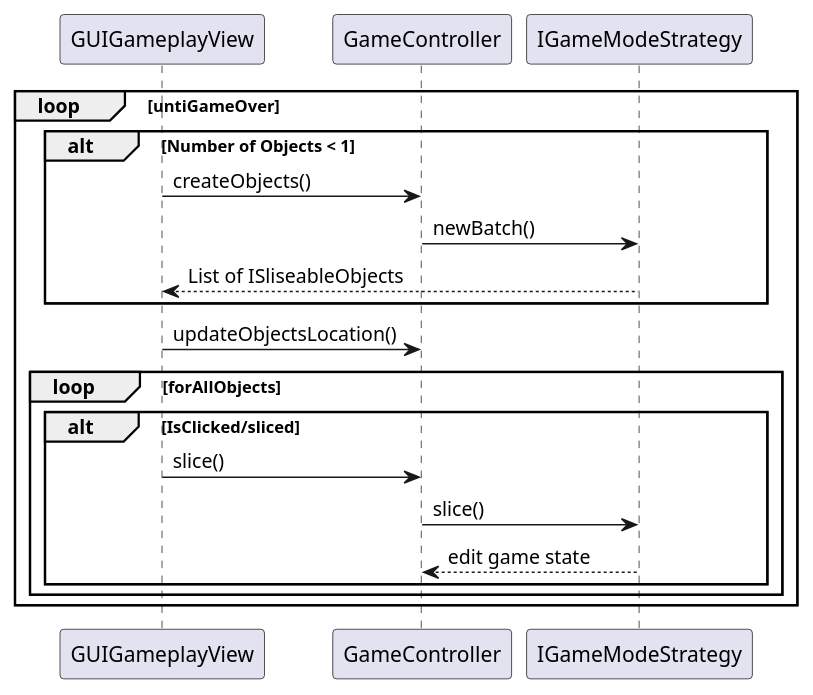
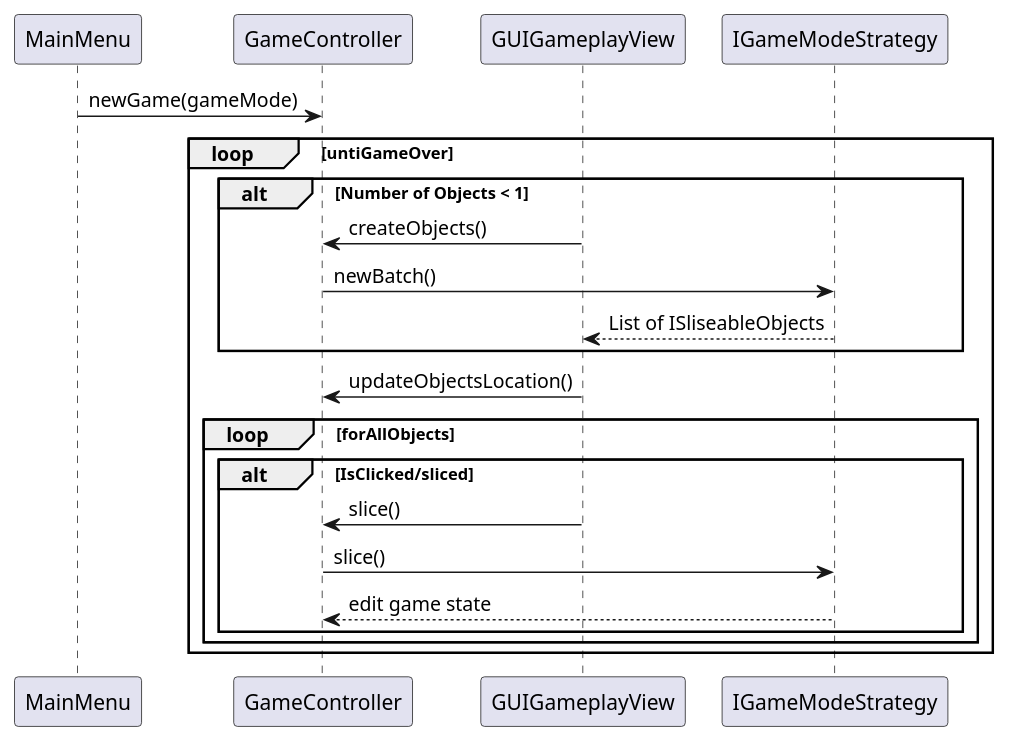
One commit to zixa5824/FruitNinja changed the diagram in Fruit-Ninja-GameplaySequence.puml. Above: the diagram before and after it, drawn with PlantUML. The commit also changed 20 other files, not shown here.

```diff
--- a/Fruit-Ninja-GameplaySequence.puml
+++ b/Fruit-Ninja-GameplaySequence.puml
@@ -1,31 +1,38 @@
 @startuml
 
+
+
+MainMenu -> GameController: newGame(gameMode)
+
+
 loop untiGameOver
+
+
 
 alt Number of Objects < 1
     GUIGameplayView -> GameController: createObjects()
     GameController->IGameModeStrategy: newBatch()
     IGameModeStrategy --> GUIGameplayView: List of ISliseableObjects
 end
 
 GUIGameplayView -> GameController: updateObjectsLocation()
 
 loop forAllObjects
 
 alt IsClicked/sliced
 
     GUIGameplayView -> GameController: slice()
     GameController -> IGameModeStrategy: slice()
     IGameModeStrategy --> GameController: edit game state
 end
 
 
 
 
 end
 
 
 
 
 end
 @enduml
```
